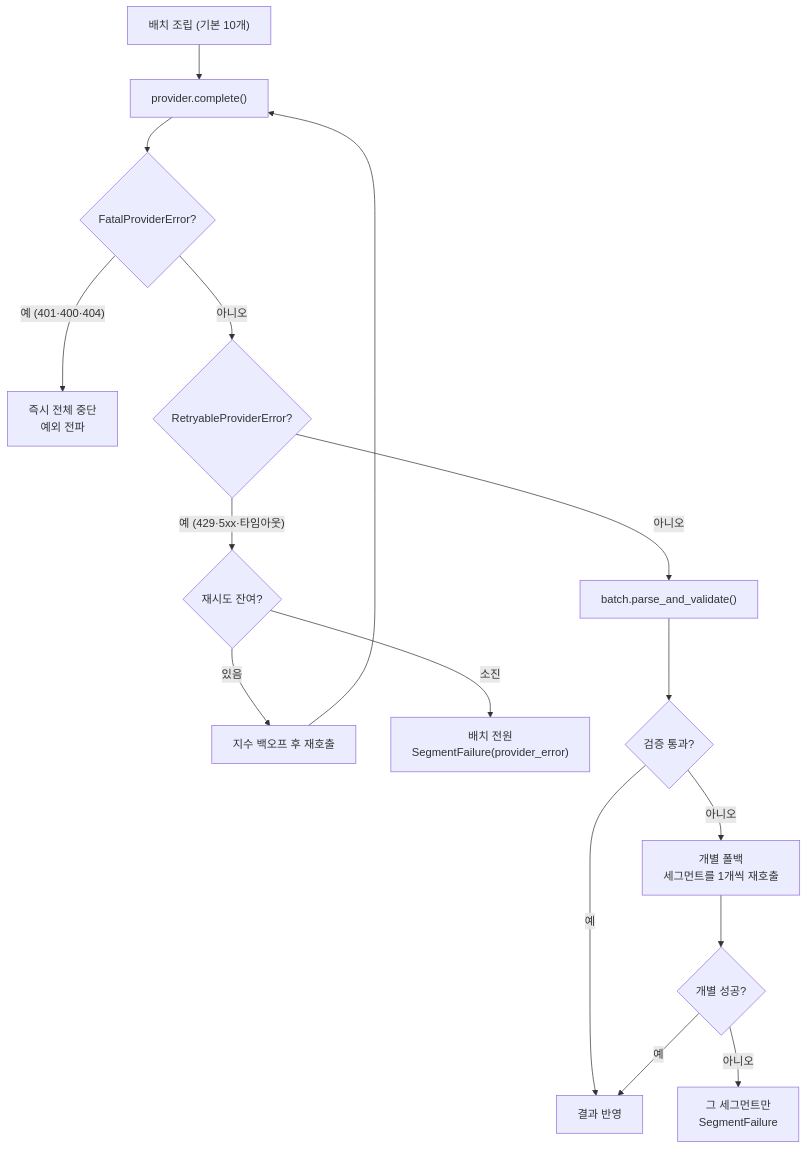
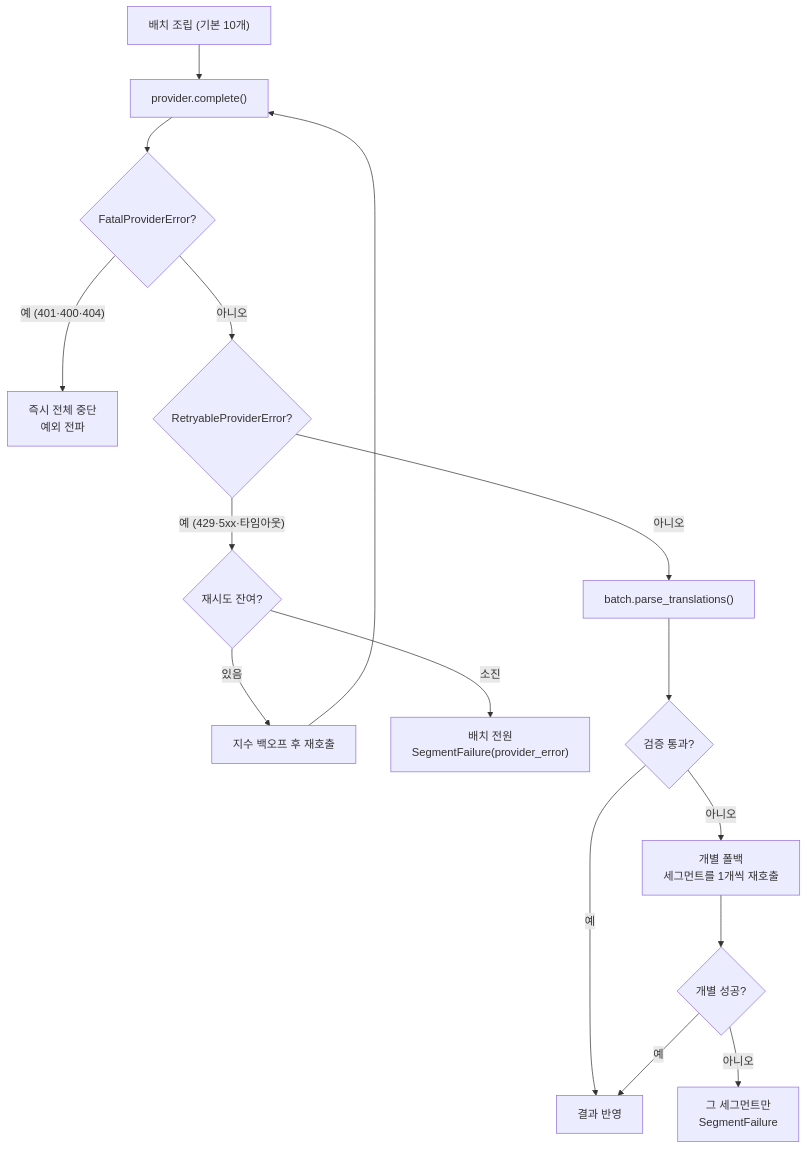
Before and after one commit to withwooyong/cuesift: the second of 2 diagrams in docs/superpowers/specs/2026-08-16-translate-engine-design.md, drawn with Mermaid. The commit also changed other lines of this file and 11 other files, not shown here.

````diff
--- a/docs/superpowers/specs/2026-08-16-translate-engine-design.md
+++ b/docs/superpowers/specs/2026-08-16-translate-engine-design.md
@@ -308,17 +339,17 @@
 ```mermaid
 flowchart TD
     START["배치 조립 (기본 10개)"] --> CALL["provider.complete()"]
     CALL --> FATAL{"FatalProviderError?"}
     FATAL -->|"예 (401·400·404)"| ABORT["즉시 전체 중단<br/>예외 전파"]
     FATAL -->|아니오| RETRYABLE{"RetryableProviderError?"}
     RETRYABLE -->|"예 (429·5xx·타임아웃)"| BACKOFF{"재시도 잔여?"}
     BACKOFF -->|있음| WAIT["지수 백오프 후 재호출"] --> CALL
     BACKOFF -->|소진| FAILALL["배치 전원<br/>SegmentFailure(provider_error)"]
-    RETRYABLE -->|아니오| VALIDATE["batch.parse_and_validate()"]
+    RETRYABLE -->|아니오| VALIDATE["batch.parse_translations()"]
     VALIDATE --> OK{"검증 통과?"}
     OK -->|예| DONE["결과 반영"]
     OK -->|아니오| FALLBACK["개별 폴백<br/>세그먼트를 1개씩 재호출"]
     FALLBACK --> FBOK{"개별 성공?"}
     FBOK -->|예| DONE
     FBOK -->|아니오| FAILONE["그 세그먼트만<br/>SegmentFailure"]
 ```
````
